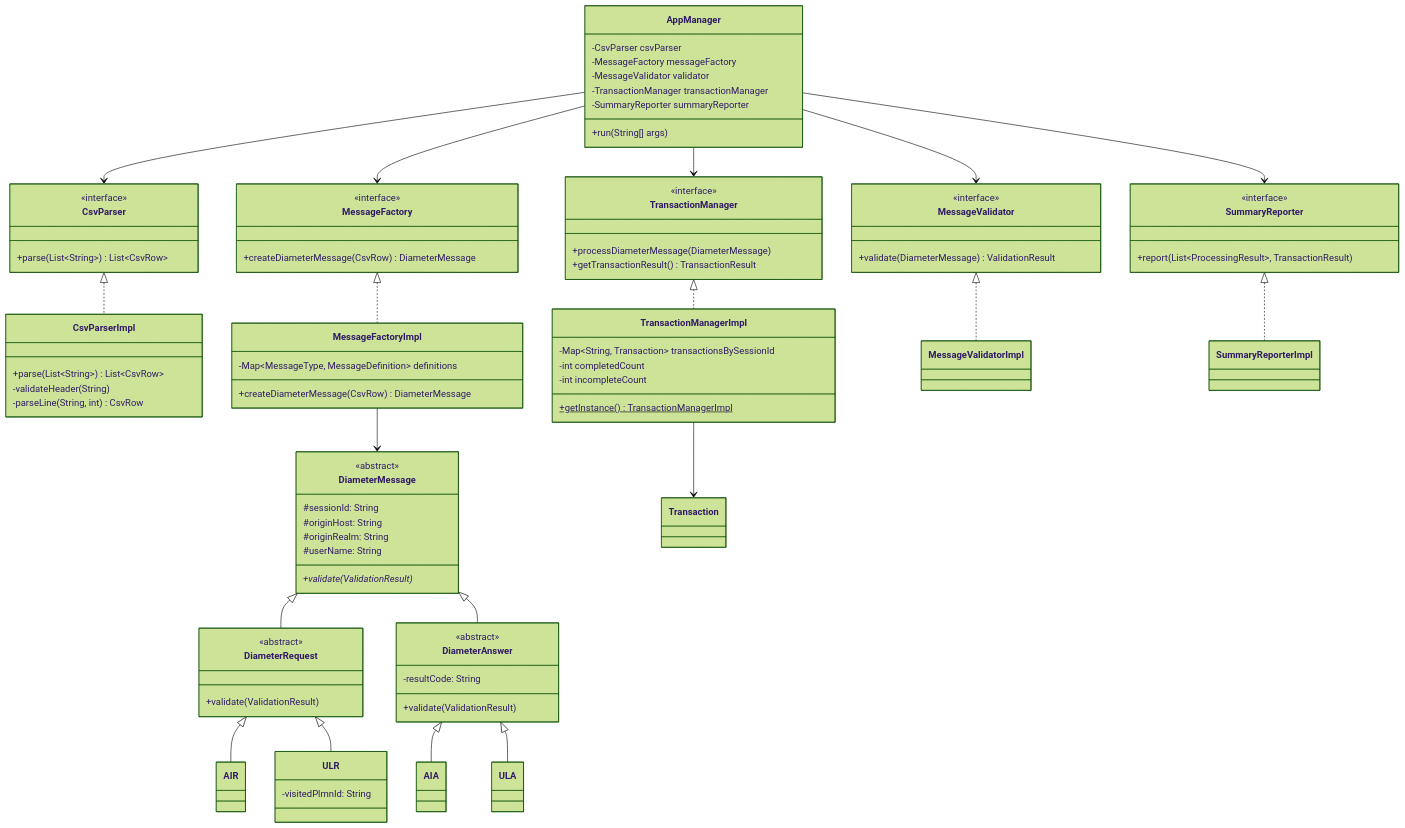
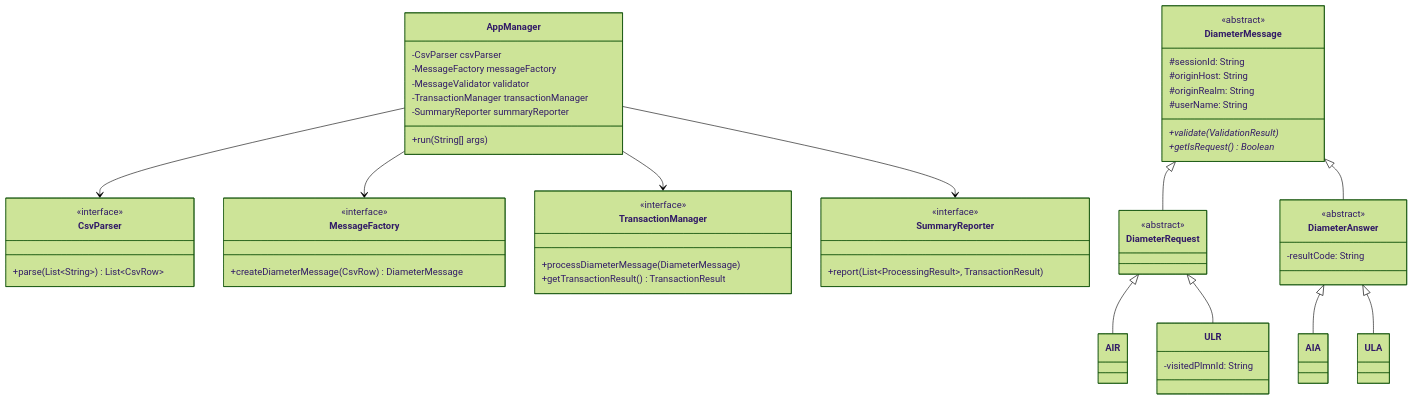
Before and after one commit to AlonBletter/diameter-s6a: the second of 2 diagrams in README.md, drawn with Mermaid (forest theme). The commit also changed other lines of this file and 1 other file, not shown here.

````diff
--- a/README.md
+++ b/README.md
@@ -39,38 +163,15 @@
         +parse(List~String~) List~CsvRow~
     }
 
-    class CsvParserImpl {
-        +parse(List~String~) List~CsvRow~
-        -validateHeader(String)
-        -parseLine(String, int) CsvRow
-    }
-
     class MessageFactory {
         <<interface>>
         +createDiameterMessage(CsvRow) DiameterMessage
-    }
-
-    class MessageFactoryImpl {
-        -Map~MessageType, MessageDefinition~ definitions
-        +createDiameterMessage(CsvRow) DiameterMessage
-    }
-
-    class MessageValidator {
-        <<interface>>
-        +validate(DiameterMessage) ValidationResult
     }
 
     class TransactionManager {
         <<interface>>
         +processDiameterMessage(DiameterMessage)
         +getTransactionResult() TransactionResult
-    }
-
-    class TransactionManagerImpl {
-        -Map~String, Transaction~ transactionsBySessionId
-        -int completedCount
-        -int incompleteCount
-        +getInstance()$ TransactionManagerImpl
     }
 
     class SummaryReporter {
@@ -85,17 +186,16 @@
         #originRealm: String
         #userName: String
         +validate(ValidationResult)*
+        +getIsRequest() Boolean*
     }
 
     class DiameterRequest {
         <<abstract>>
-        +validate(ValidationResult)
     }
 
     class DiameterAnswer {
         <<abstract>>
         -resultCode: String
-        +validate(ValidationResult)
     }
 
     class AIR
@@ -104,12 +204,6 @@
     }
     class AIA
     class ULA
-
-    CsvParser <|.. CsvParserImpl
-    MessageFactory <|.. MessageFactoryImpl
-    MessageValidator <|.. MessageValidatorImpl
-    TransactionManager <|.. TransactionManagerImpl
-    SummaryReporter <|.. SummaryReporterImpl
 
     DiameterMessage <|-- DiameterRequest
     DiameterMessage <|-- DiameterAnswer
@@ -120,9 +214,6 @@
 
     AppManager --> CsvParser
     AppManager --> MessageFactory
-    AppManager --> MessageValidator
     AppManager --> TransactionManager
     AppManager --> SummaryReporter
-    MessageFactoryImpl --> DiameterMessage
-    TransactionManagerImpl --> Transaction
 ```
````
